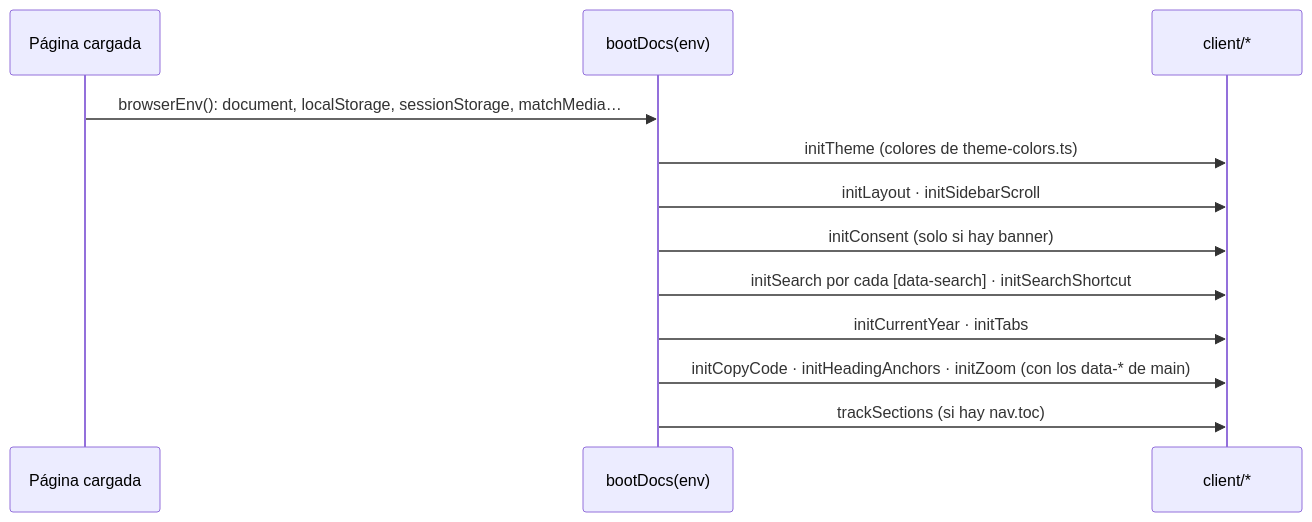
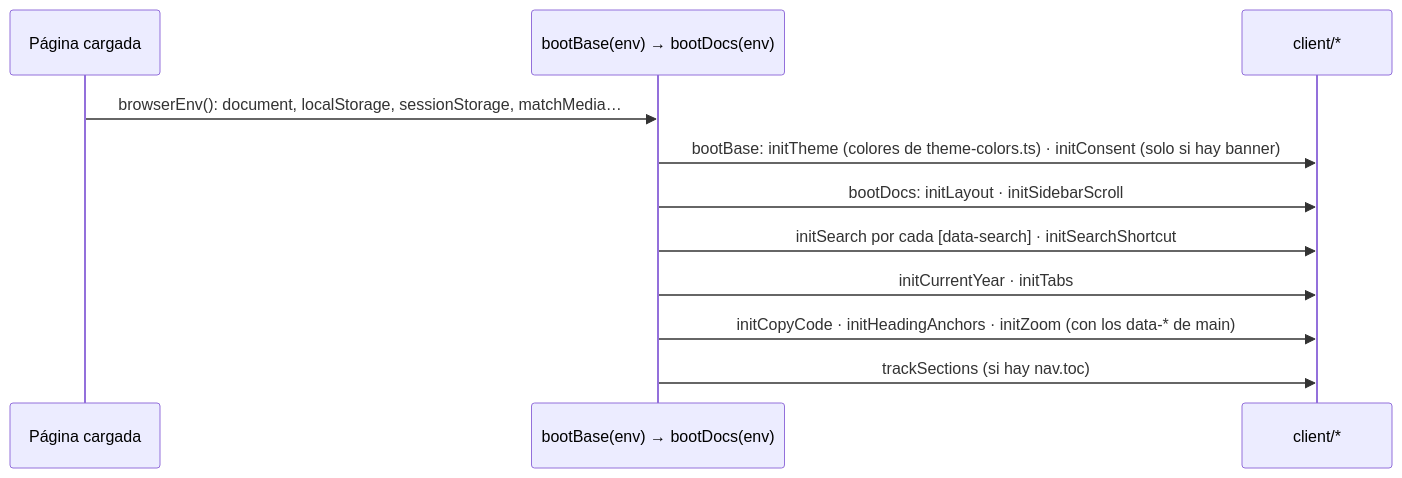
The second of 2 diagrams in docs/src/content/docs/arquitectura/una-pagina.md (velezanthony/design), drawn with Mermaid before and after one commit. The commit also changed other lines of this file and 10 other files, not shown here.

First line of the commit message:
refactor(layouts)!: BaseLayout replaces Shell and imposes no body layout

````diff
--- a/docs/src/content/docs/arquitectura/una-pagina.md
+++ b/docs/src/content/docs/arquitectura/una-pagina.md
@@ -86,14 +89,13 @@
 ```mermaid
 sequenceDiagram
   participant P as Página cargada
-  participant B as bootDocs(env)
+  participant B as bootBase(env) → bootDocs(env)
   participant C as client/*
   P->>B: browserEnv(): document, localStorage, sessionStorage, matchMedia…
-  B->>C: initTheme (colores de theme-colors.ts)
-  B->>C: initLayout · initSidebarScroll
-  B->>C: initConsent (solo si hay banner)
+  B->>C: bootBase: initTheme (colores de theme-colors.ts) · initConsent (solo si hay banner)
+  B->>C: bootDocs: initLayout · initSidebarScroll
   B->>C: initSearch por cada [data-search] · initSearchShortcut
   B->>C: initCurrentYear · initTabs
   B->>C: initCopyCode · initHeadingAnchors · initZoom (con los data-* de main)
   B->>C: trackSections (si hay nav.toc)
 ```
````
